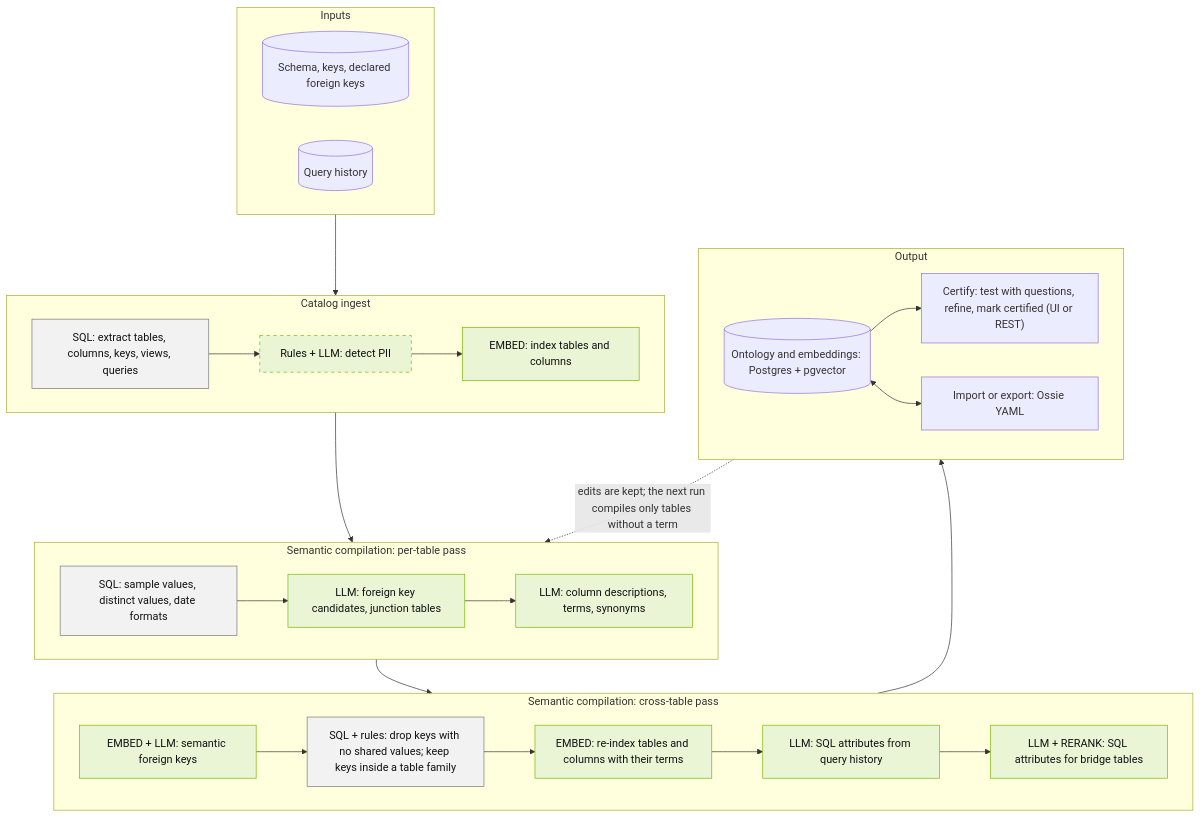
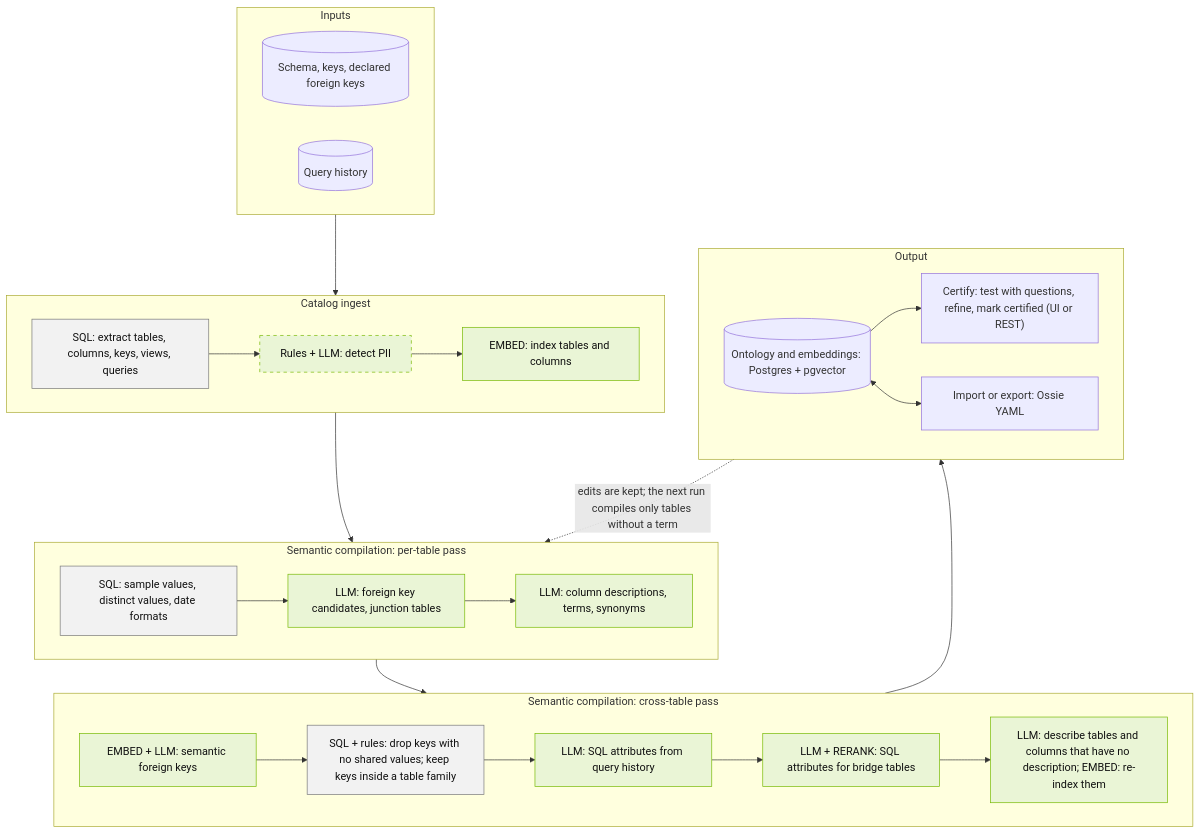
Before and after one commit to NVIDIA/auto-ontology: the third of 6 diagrams in docs/architecture.md, drawn with Mermaid. The commit also changed other lines of this file, not shown here.

First line of the commit message:
Re-trace the Next flows to #488 at 65b4fecf

````diff
--- a/docs/architecture.md
+++ b/docs/architecture.md
@@ -190,33 +191,33 @@
 ```mermaid
 flowchart TD
   subgraph inputs["Inputs"]
     direction LR
     i1[("Schema, keys, declared foreign keys")]
     i2[("Query history")]
   end
   subgraph ingest["Catalog ingest"]
     direction LR
     c1["SQL: extract tables, columns, keys, views, queries"] --> c2["Rules + LLM: detect PII"] --> c3["EMBED: index tables and columns"]
   end
   subgraph pertable["Semantic compilation: per-table pass"]
     direction LR
     p1["SQL: sample values, distinct values, date formats"] --> p2["LLM: foreign key candidates, junction tables"] --> p3["LLM: column descriptions, terms, synonyms"]
   end
   subgraph cross["Semantic compilation: cross-table pass"]
     direction LR
-    x1["EMBED + LLM: semantic foreign keys"] --> x2["SQL + rules: drop keys with no shared values; keep keys inside a table family"] --> x5["EMBED: re-index tables and columns with their terms"] --> x3["LLM: SQL attributes from query history"] --> x4["LLM + RERANK: SQL attributes for bridge tables"]
+    x1["EMBED + LLM: semantic foreign keys"] --> x2["SQL + rules: drop keys with no shared values; keep keys inside a table family"] --> x3["LLM: SQL attributes from query history"] --> x4["LLM + RERANK: SQL attributes for bridge tables"] --> x6["LLM: describe tables and columns that have no description; EMBED: re-index them"]
   end
   subgraph output["Output"]
     direction LR
     o1[("Ontology and embeddings: Postgres + pgvector")] --> o2["Certify: test with questions, refine, mark certified (UI or REST)"]
     o1 <--> o3["Import or export: Ossie YAML"]
   end
   inputs --> ingest --> pertable --> cross --> output
   output -. "edits are kept; the next run compiles only tables without a term" .-> pertable
   classDef model fill:#eaf5d6,stroke:#76b900,color:#111
   classDef det fill:#f2f2f2,stroke:#777,color:#111
   classDef optional stroke-dasharray:5 5
-  class c2,c3,p2,p3,x1,x5,x3,x4 model
+  class c2,c3,p2,p3,x1,x3,x4,x6 model
   class c1,p1,x2 det
   class c2 optional
 ```
````
